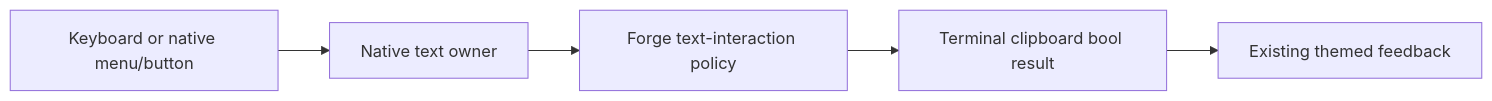
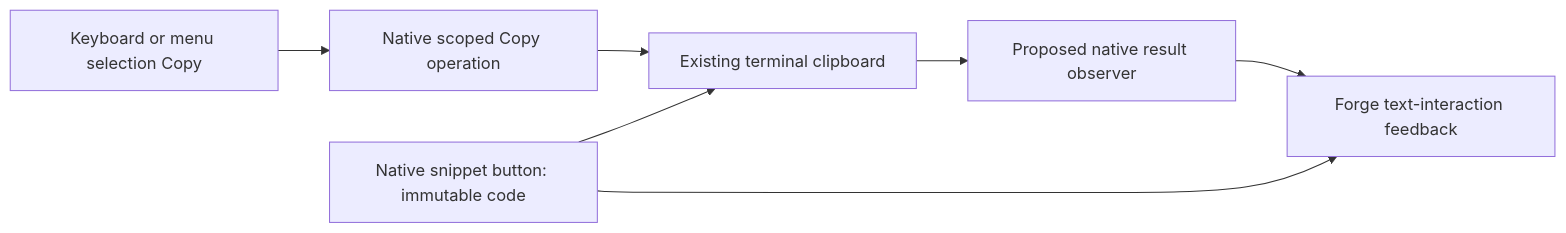
Before and after one commit to katasec/mission-control-language: the first of 3 diagrams in docs/phases/phase-70.1-text-interaction-foundation.md, drawn with Mermaid. The commit also changed other lines of this file and 3 other files, not shown here.

````diff
--- a/docs/phases/phase-70.1-text-interaction-foundation.md
+++ b/docs/phases/phase-70.1-text-interaction-foundation.md
@@ -82,7 +84,9 @@
 ```mermaid
 flowchart LR
-    Input[Keyboard or native menu/button] --> Native[Native text owner]
-    Native --> Policy[Forge text-interaction policy]
-    Policy --> Clipboard[Terminal clipboard bool result]
-    Clipboard --> Feedback[Existing themed feedback]
+    Selection[Keyboard or menu selection Copy] --> Native[Native scoped Copy operation]
+    Native --> Clipboard[Existing terminal clipboard]
+    Clipboard --> Result[Proposed native result observer]
+    Result --> Feedback[Forge text-interaction feedback]
+    Snippet[Native snippet button: immutable code] --> Clipboard
+    Snippet --> Feedback
 ```
````
